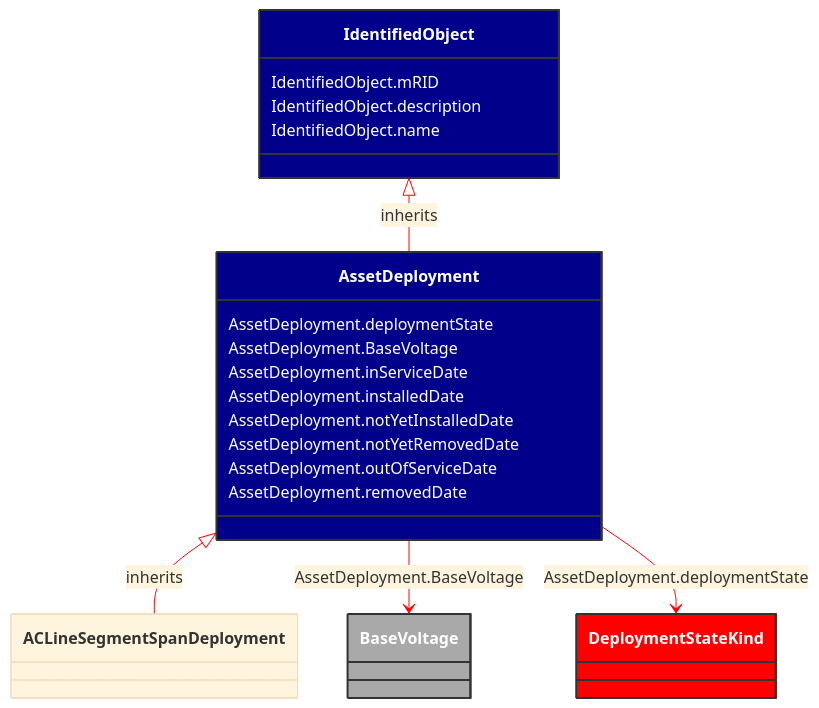
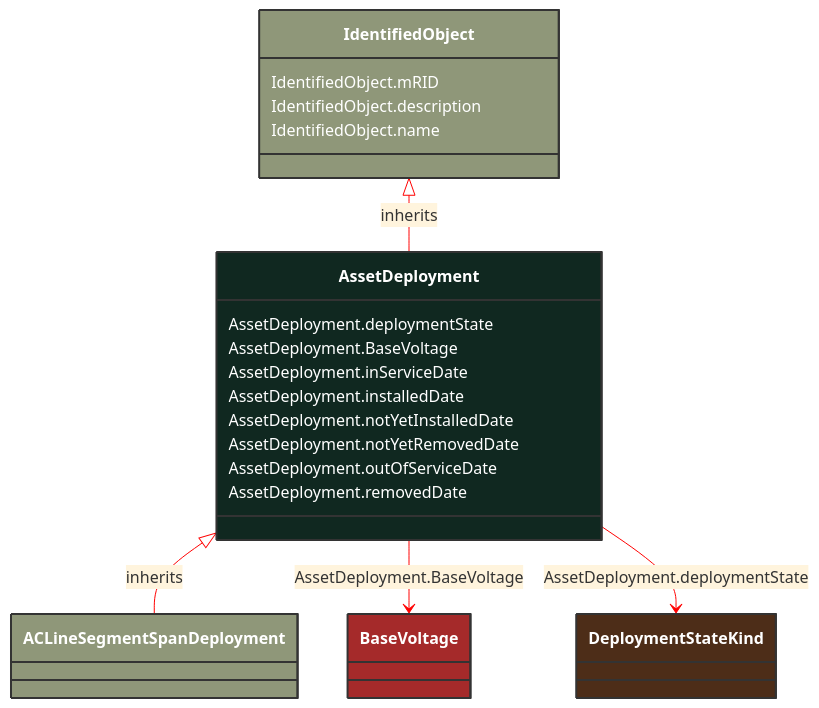
Before and after one commit to 3lbits/NoCIMExtensions: the diagram in docs/Models/Profiles/AviationObstacle/ConcreteClasses/AssetDeployment.md, drawn with Mermaid. The commit also changed 190 other files, not shown here.

````diff
--- a/docs/Models/Profiles/AviationObstacle/ConcreteClasses/AssetDeployment.md
+++ b/docs/Models/Profiles/AviationObstacle/ConcreteClasses/AssetDeployment.md
@@ -8,43 +8,41 @@
 ```mermaid
 %%{init: {'theme':'base','themeVariables': {'lineColor': '#FF0000'}}}%%
 classDiagram
     class AssetDeployment
     click AssetDeployment href "/Models/Profiles/AviationObstacle/ConcreteClasses/AssetDeployment/"
-    style AssetDeployment fill:#006400,stroke:#333,stroke-width:2px,rx:10,ry:10,color:white
+    style AssetDeployment fill:#102820,stroke:#333,stroke-width:2px,rx:10,ry:10,color:white
 
         AssetDeployment <|-- ACLineSegmentSpanDeployment : inherits
-            click AssetDeployment href "/Models/Profiles/AviationObstacle/ConcreteClasses/AssetDeployment/"
-            style AssetDeployment fill:#00008B,stroke:#333,stroke-width:2px,rx:10,ry:10,color:white
 
         ACLineSegmentSpanDeployment
             click ACLineSegmentSpanDeployment href "/Models/Profiles/AviationObstacle/ConcreteClasses/ACLineSegmentSpanDeployment/"
-            style AssetDeployment fill:#00008B,stroke:#333,stroke-width:2px,rx:10,ry:10,color:white
-
+            style ACLineSegmentSpanDeployment fill:#8F9779,stroke:#333,stroke-width:2px,rx:10,ry:10,color:white
+     
         IdentifiedObject <|-- AssetDeployment : inherits
             click IdentifiedObject href "/Models/Profiles/AviationObstacle/AbstractClasses/IdentifiedObject/"
-            style IdentifiedObject fill:#00008B,stroke:#333,stroke-width:2px,rx:10,ry:10,color:white
+            style IdentifiedObject fill:#8F9779,stroke:#333,stroke-width:2px,rx:10,ry:10,color:white
 
         AssetDeployment --> BaseVoltage : AssetDeployment.BaseVoltage
 
         BaseVoltage
             click BaseVoltage href "/Models/Profiles/AviationObstacle/ConcreteClasses/BaseVoltage/"
-            style BaseVoltage fill:#A9A9A9,stroke:#333,stroke-width:2px,rx:10,ry:10,color:white
+            style BaseVoltage fill:#A52A2A,stroke:#333,stroke-width:2px,rx:10,ry:10,color:white
 
         AssetDeployment --> DeploymentStateKind : AssetDeployment.deploymentState
 
         DeploymentStateKind
             click DeploymentStateKind href "/Models/Profiles/AviationObstacle/Enumerations/DeploymentStateKind/"
-            style DeploymentStateKind fill:#FF0000,stroke:#333,stroke-width:2px,rx:10,ry:10,color:white
+            style DeploymentStateKind fill:#4D2D18,stroke:#333,stroke-width:2px,rx:10,ry:10,color:white
 
         AssetDeployment : AssetDeployment.deploymentState
         AssetDeployment : AssetDeployment.BaseVoltage
         AssetDeployment : AssetDeployment.inServiceDate
         AssetDeployment : AssetDeployment.installedDate
         AssetDeployment : AssetDeployment.notYetInstalledDate
         AssetDeployment : AssetDeployment.notYetRemovedDate
         AssetDeployment : AssetDeployment.outOfServiceDate
         AssetDeployment : AssetDeployment.removedDate
         IdentifiedObject : IdentifiedObject.mRID
         IdentifiedObject : IdentifiedObject.description
         IdentifiedObject : IdentifiedObject.name
 ```
````
